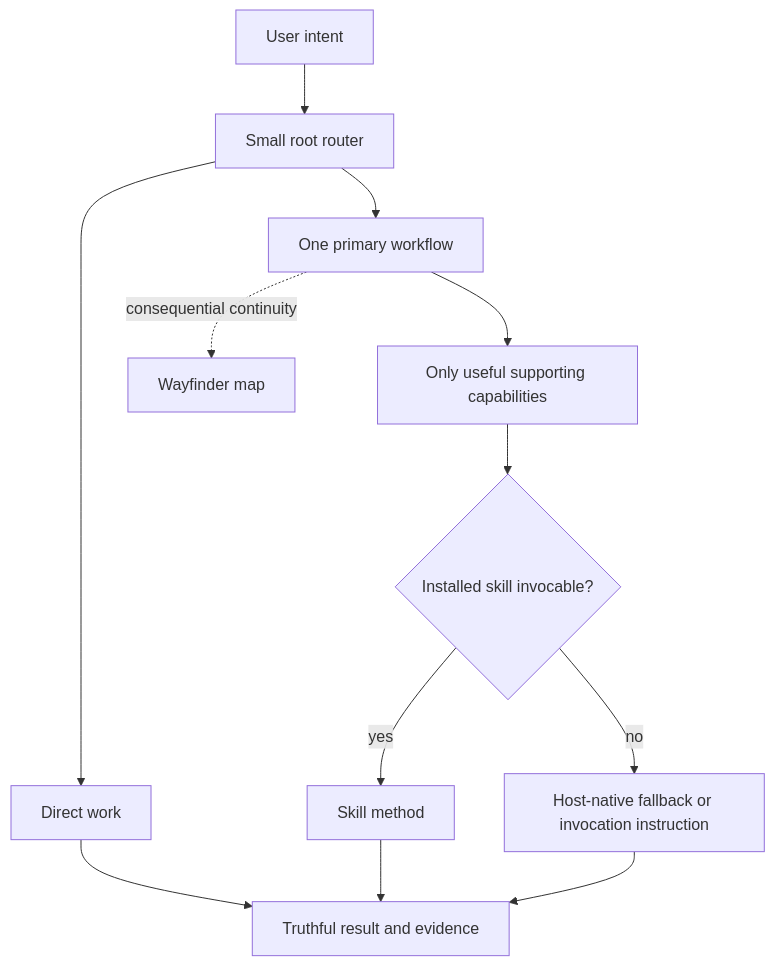
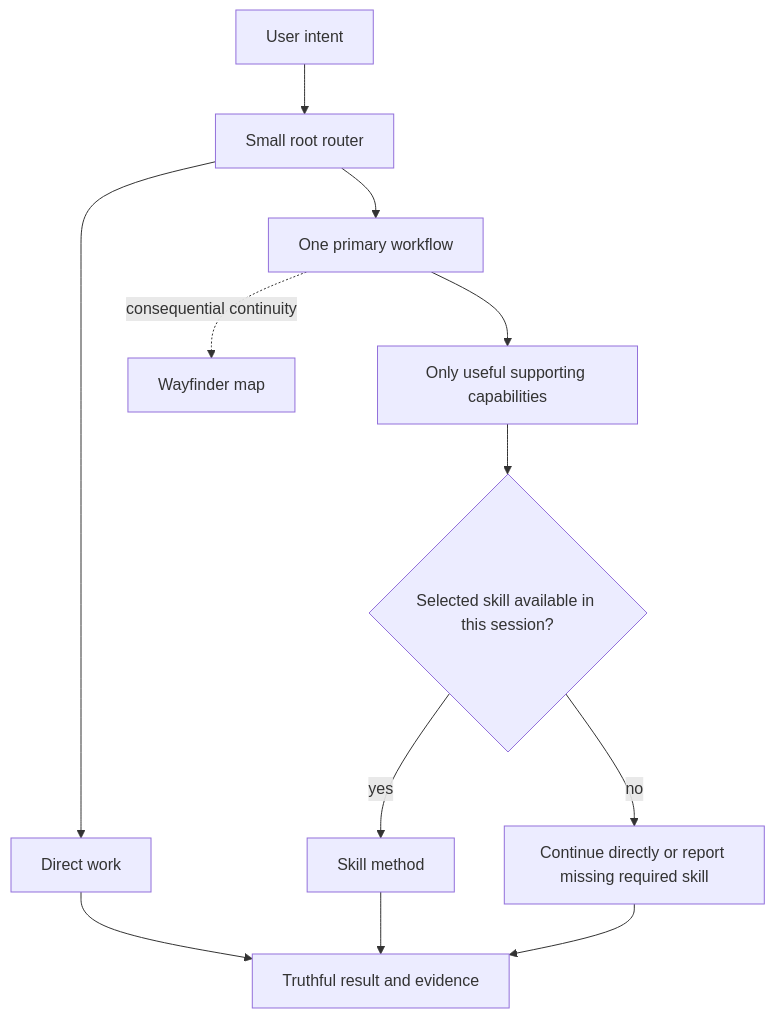
The diagram in docs/architecture.md (jimmfan/agentic-workflow), drawn with Mermaid before and after one commit. The commit also changed other lines of this file and 38 other files, not shown here.

````diff
--- a/docs/architecture.md
+++ b/docs/architecture.md
@@ -18,14 +19,14 @@
 ```mermaid
 flowchart TD
     request["User intent"] --> router["Small root router"]
     router --> direct["Direct work"]
     router --> workflow["One primary workflow"]
     workflow --> capability["Only useful supporting capabilities"]
-    capability --> skill{"Installed skill invocable?"}
+    capability --> skill{"Selected skill available in this session?"}
     skill -->|yes| native["Skill method"]
-    skill -->|no| fallback["Host-native fallback or invocation instruction"]
+    skill -->|no| fallback["Continue directly or report missing required skill"]
     direct --> evidence["Truthful result and evidence"]
     native --> evidence
     fallback --> evidence
     workflow -. consequential continuity .-> wayfinder["Wayfinder map"]
 ```
````
